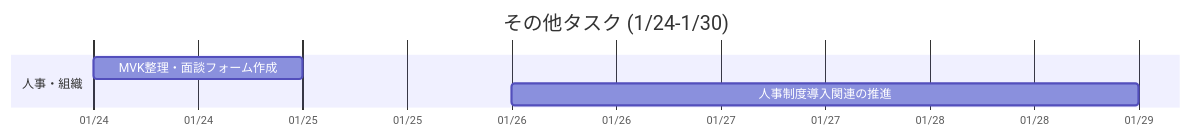
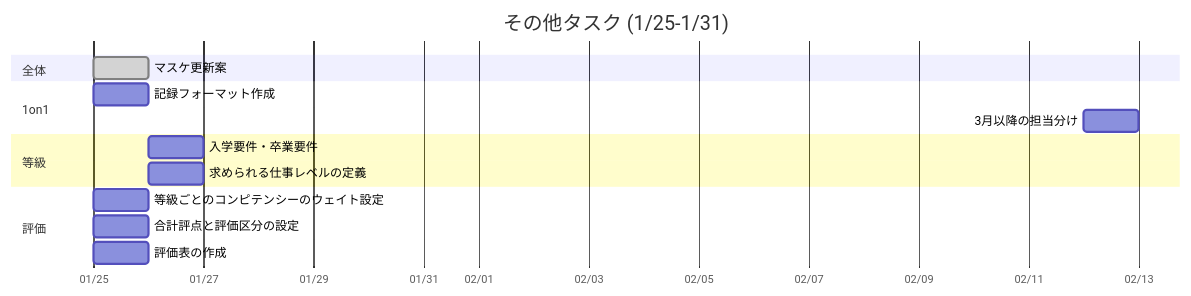
Before and after one commit to yutaro2413/task-management: the second of 5 diagrams in タスク整理・思考の整理.md, drawn with Mermaid. The commit also changed other lines of this file, not shown here.

````diff
--- a/タスク整理・思考の整理.md
+++ b/タスク整理・思考の整理.md
@@ -92,10 +103,22 @@
 ```mermaid
 gantt
-    title その他タスク (1/24-1/30)
+    title その他タスク (1/25-1/31)
     dateFormat YYYY-MM-DD
     axisFormat %m/%d
 
-    section 人事・組織
-    MVK整理・面談フォーム作成      :a1, 2024-01-24, 1d
-    人事制度導入関連の推進        :a3, 2024-01-26, 3d
+    section 全体
+    マスケ更新案                  :done, a1, 2026-01-25, 1d
+    
+    section 1on1
+    記録フォーマット作成          :b1, 2026-01-25, 1d
+    3月以降の担当分け            :b2, 2026-02-12, 1d
+    
+    section 等級
+    入学要件・卒業要件            :c1, 2026-01-26, 1d
+    求められる仕事レベルの定義    :c2, 2026-01-26, 1d
+    
+    section 評価
+    等級ごとのコンピテンシーのウェイト設定 :d1, 2026-01-25, 1d
+    合計評点と評価区分の設定      :d2, 2026-01-25, 1d
+    評価表の作成                  :d3, 2026-01-25, 1d
 ```
````
